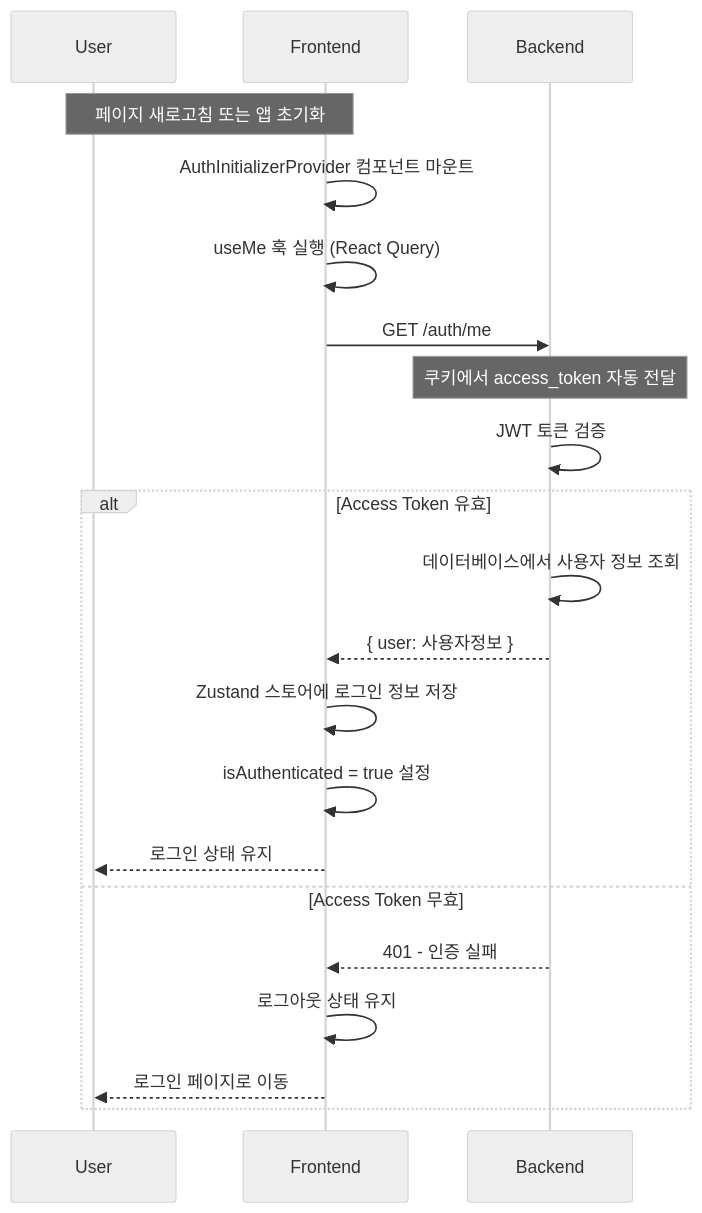
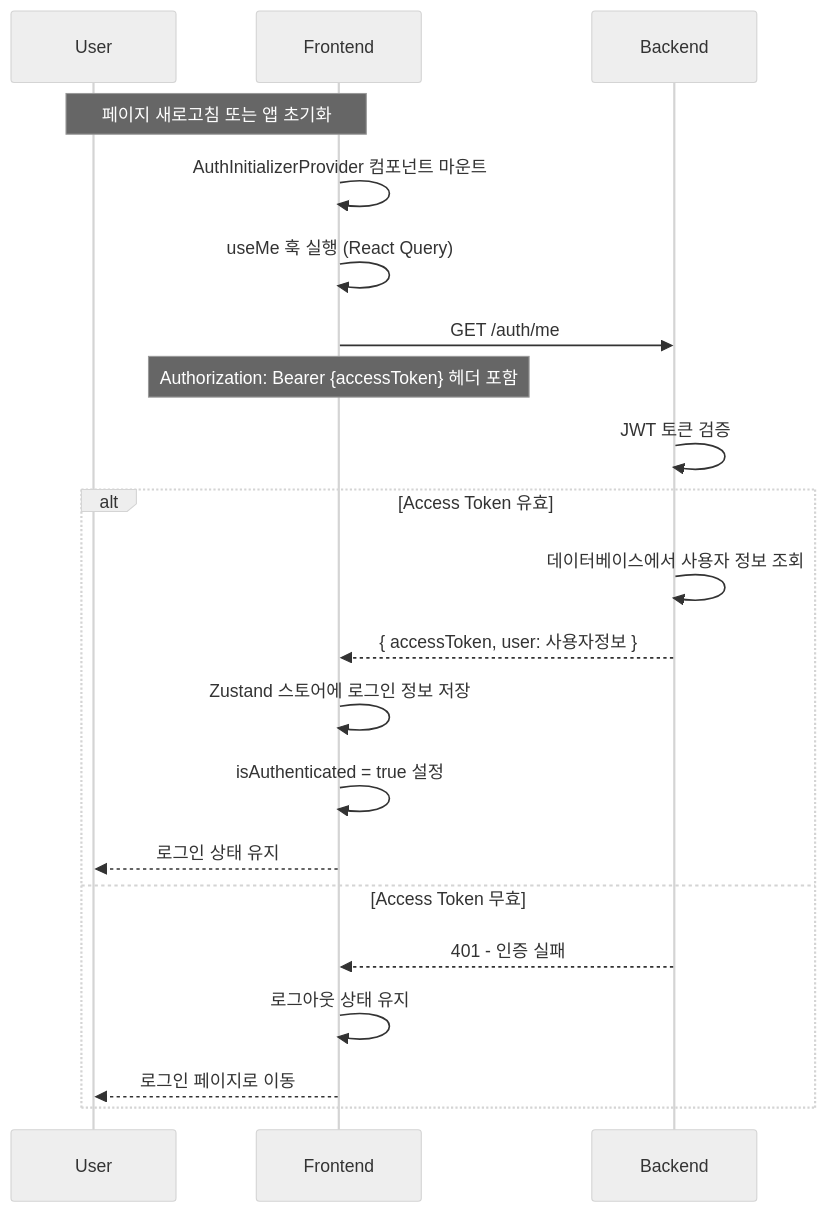
One commit to picake-team/picake-engineering-backend changed the eighth of 8 diagrams in docs/common/feature/통합 인증 - 가이드.md. Above: the diagram before and after it, drawn with Mermaid (neutral theme). The commit also changed other lines of this file and 15 other files, not shown here.

````diff
--- a/docs/common/feature/통합 인증 - 가이드.md
+++ b/docs/common/feature/통합 인증 - 가이드.md
@@ -366,26 +334,26 @@
 ```mermaid
 sequenceDiagram
     participant U as User
     participant F as Frontend
     participant B as Backend
 
     Note over U,F: 페이지 새로고침 또는 앱 초기화
 
     F->>F: AuthInitializerProvider 컴포넌트 마운트
     F->>F: useMe 훅 실행 (React Query)
     F->>B: GET /auth/me
-    Note over B: 쿠키에서 access_token 자동 전달
+    Note over F: Authorization: Bearer {accessToken} 헤더 포함
     B->>B: JWT 토큰 검증
 
     alt Access Token 유효
         B->>B: 데이터베이스에서 사용자 정보 조회
-        B-->>F: { user: 사용자정보 }
+        B-->>F: { accessToken, user: 사용자정보 }
         F->>F: Zustand 스토어에 로그인 정보 저장
         F->>F: isAuthenticated = true 설정
         F-->>U: 로그인 상태 유지
     else Access Token 무효
         B-->>F: 401 - 인증 실패
         F->>F: 로그아웃 상태 유지
         F-->>U: 로그인 페이지로 이동
     end
 ```
````
